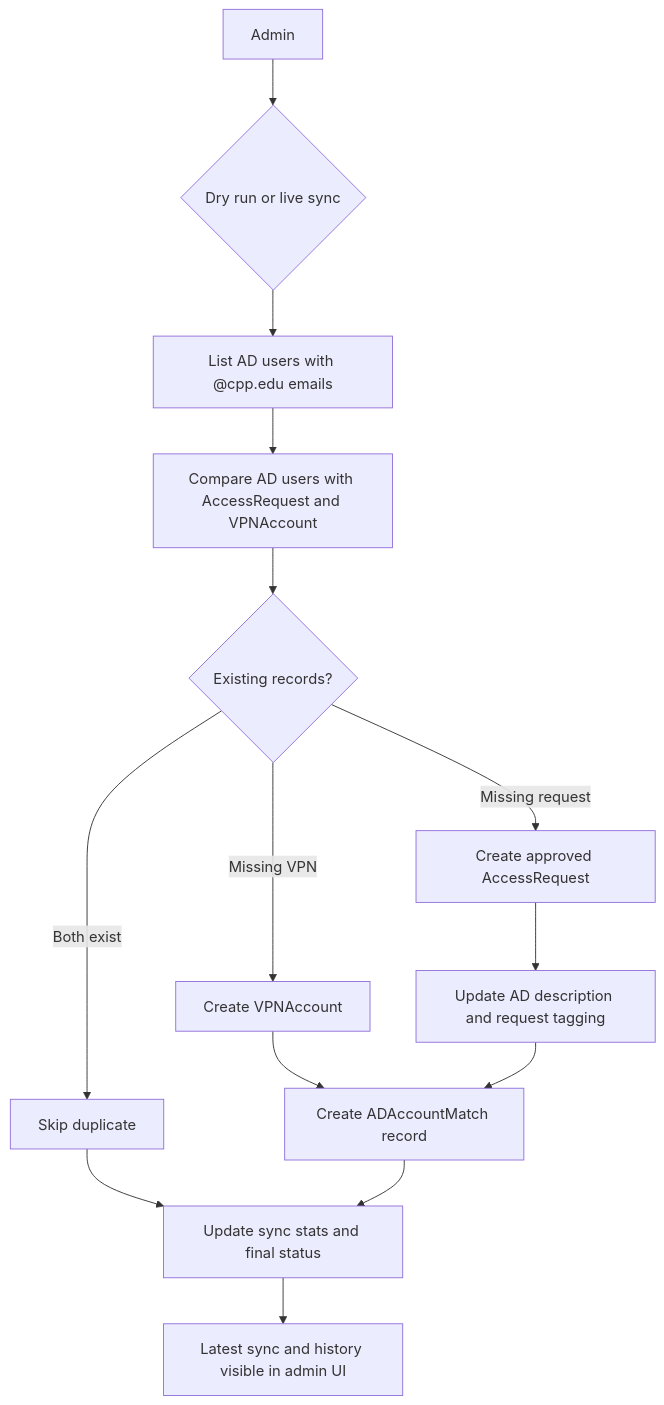
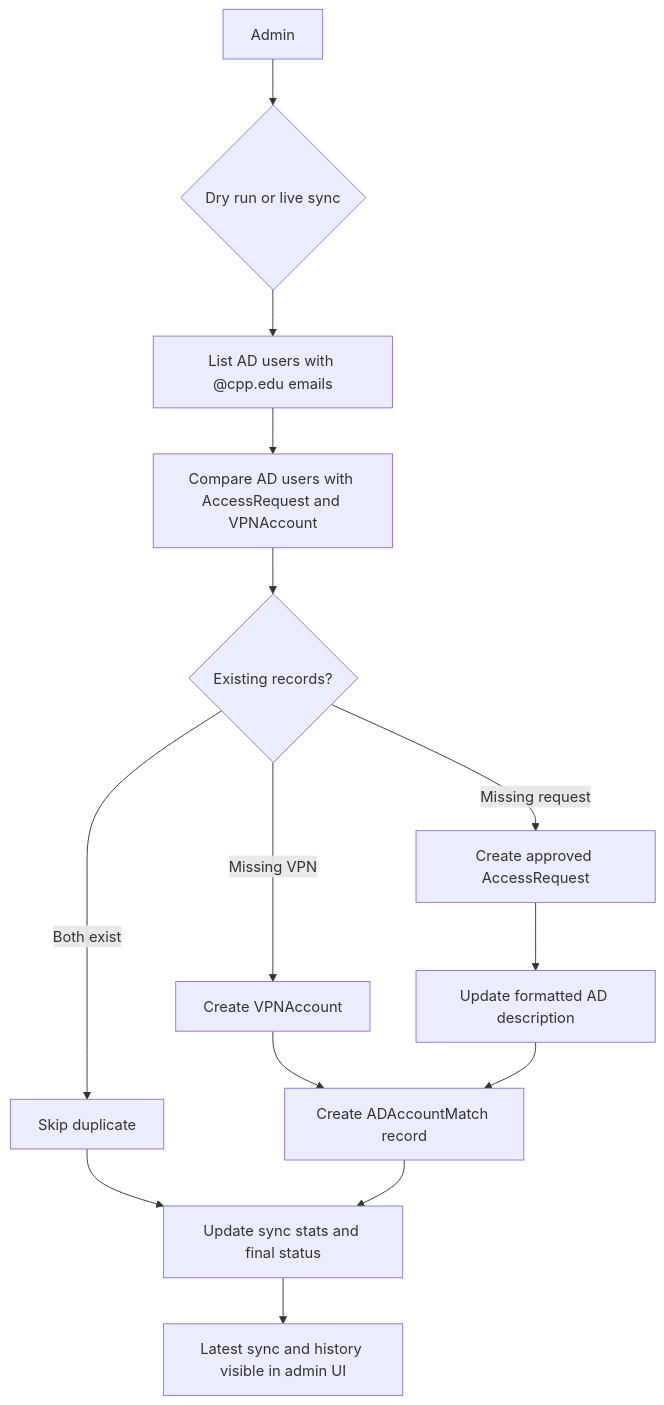
Before and after one commit to xdkaine/uar-web-public: the tenth of 18 diagrams in my-app/docs/walkthrough.md, drawn with Mermaid. The commit also changed 1693 other files, not shown here.

````diff
--- a/my-app/docs/walkthrough.md
+++ b/my-app/docs/walkthrough.md
@@ -312,16 +312,16 @@
 ```mermaid
 flowchart TB
     Admin["Admin"] --> Run{"Dry run or live sync"}
     Run --> Scan["List AD users with @cpp.edu emails"]
     Scan --> Compare["Compare AD users with AccessRequest and VPNAccount"]
     Compare --> Decision{"Existing records?"}
     Decision -->|Both exist| Skip["Skip duplicate"]
     Decision -->|Missing request| CreateReq["Create approved AccessRequest"]
     Decision -->|Missing VPN| CreateVpn["Create VPNAccount"]
-    CreateReq --> Tag["Update AD description and request tagging"]
+    CreateReq --> Tag["Update formatted AD description"]
     CreateVpn --> Match["Create ADAccountMatch record"]
     Tag --> Match
     Skip --> Stats["Update sync stats and final status"]
     Match --> Stats
     Stats --> History["Latest sync and history visible in admin UI"]
 ```
````
